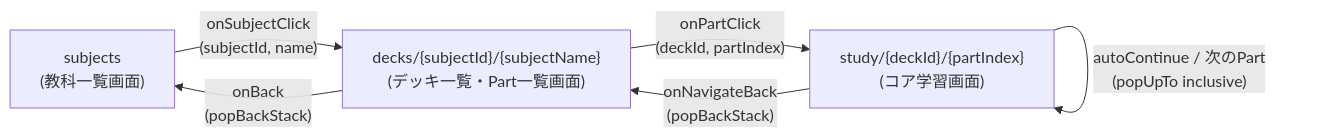
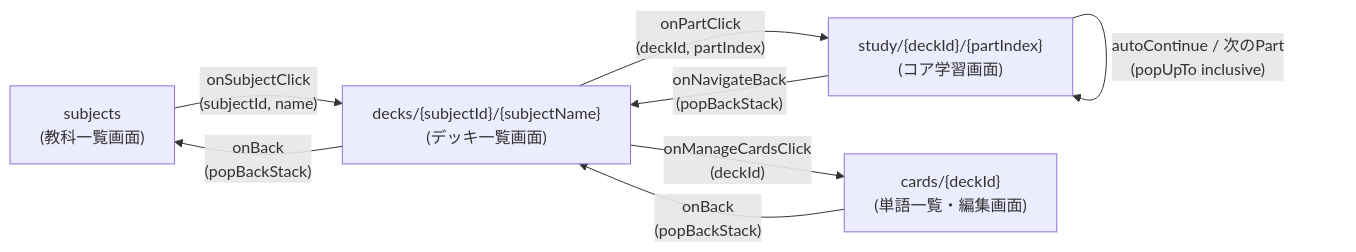
One commit to txcxjp/aidomari changed the fifth of 5 diagrams in docs/DETAILED_DESIGN.md. Above: the diagram before and after it, drawn with Mermaid. The commit also changed other lines of this file and 1 other file, not shown here.

Commit message:
docs: update architecture and detailed design documentation (#30)

````diff
--- a/docs/DETAILED_DESIGN.md
+++ b/docs/DETAILED_DESIGN.md
@@ -409,8 +446,10 @@
 ```mermaid
 flowchart LR
-    Subjects["subjects\n(教科一覧画面)"] -->|"onSubjectClick\n(subjectId, name)"| Decks["decks/{subjectId}/{subjectName}\n(デッキ一覧・Part一覧画面)"]
+    Subjects["subjects\n(教科一覧画面)"] -->|"onSubjectClick\n(subjectId, name)"| Decks["decks/{subjectId}/{subjectName}\n(デッキ一覧画面)"]
     Decks -->|"onPartClick\n(deckId, partIndex)"| Study["study/{deckId}/{partIndex}\n(コア学習画面)"]
+    Decks -->|"onManageCardsClick\n(deckId)"| Cards["cards/{deckId}\n(単語一覧・編集画面)"]
     Study -->|"onNavigateBack\n(popBackStack)"| Decks
     Study -->|"autoContinue / 次のPart\n(popUpTo inclusive)"| Study
+    Cards -->|"onBack\n(popBackStack)"| Decks
     Decks -->|"onBack\n(popBackStack)"| Subjects
 ```
````
